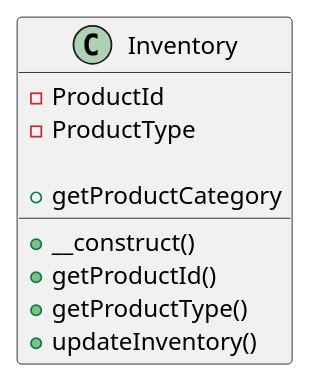
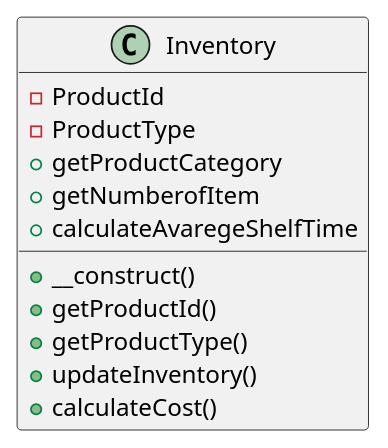
One commit to aysegulaksu/block3-adv-web changed the second of 2 diagrams in project-1/tables.puml. Above: the diagram before and after it, drawn with PlantUML. The commit also changed other lines of this file and 1 other file, not shown here.

```diff
--- a/project-1/tables.puml
+++ b/project-1/tables.puml
@@ -59,13 +56,15 @@
 @startuml
 
 class Inventory {
   - ProductId
   - ProductType
-
   + __construct()
   + getProductId()
   + getProductType()
   +getProductCategory
+  +getNumberofItem
   + updateInventory()
+  +calculateAvaregeShelfTime
+  +calculateCost()
 }
 @enduml
```
